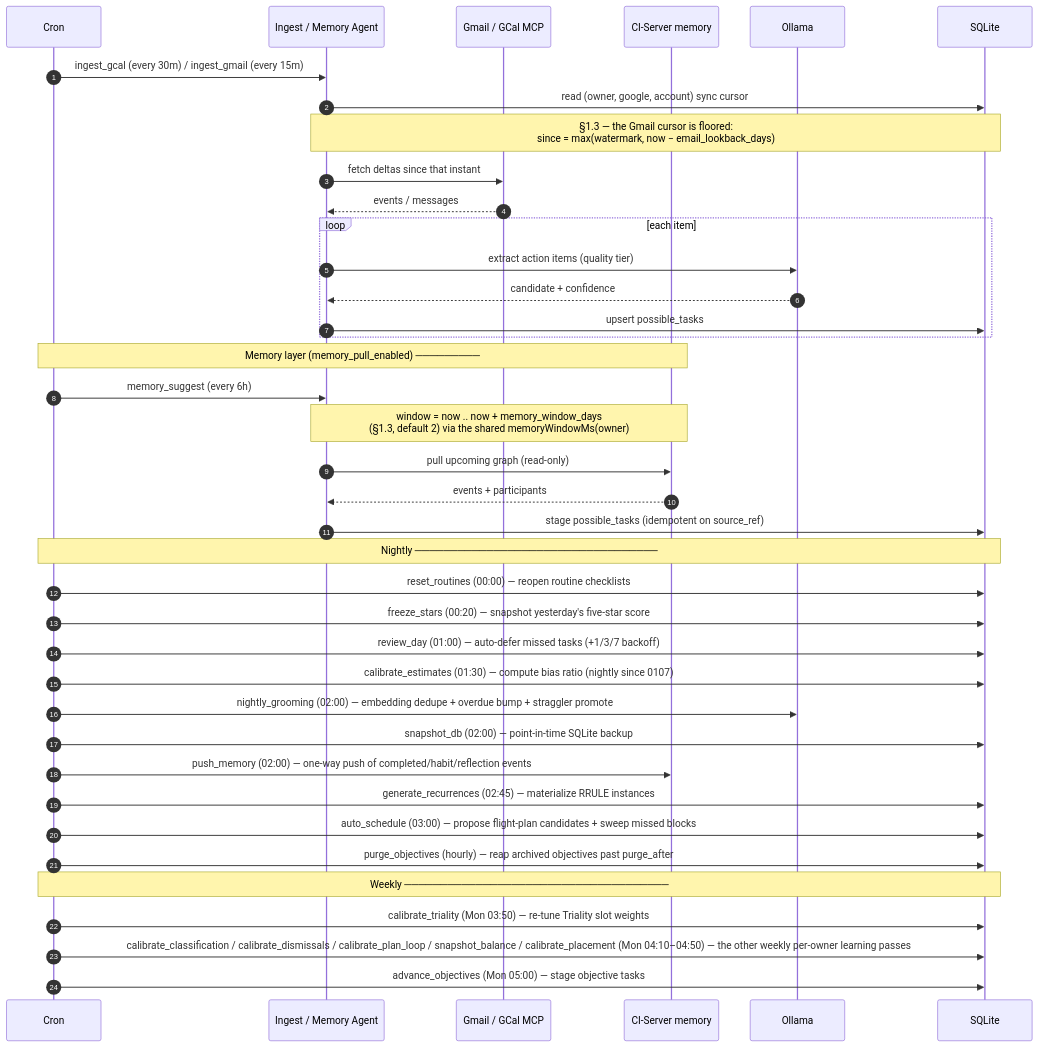
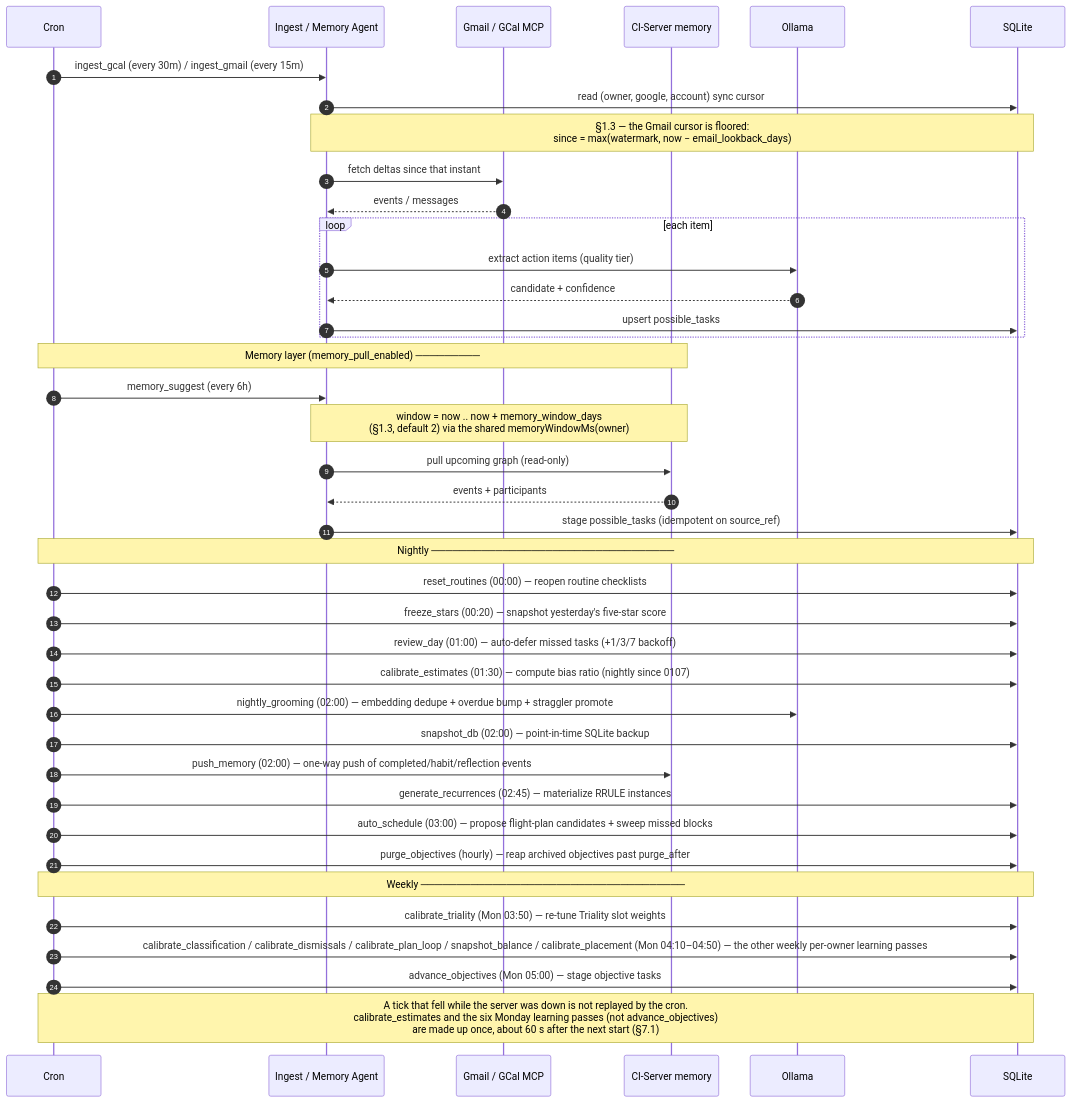
The fourth of 8 diagrams in ARCHITECTURE.md (companionintelligence/CI-Planning), drawn with Mermaid before and after one commit. The commit also changed other lines of this file and 9 other files, not shown here.

First line of the commit message:
feat(jobs): make up the Monday learning passes missed while the server was down (#661)

````diff
--- a/ARCHITECTURE.md
+++ b/ARCHITECTURE.md
@@ -898,46 +899,47 @@
 ```mermaid
 sequenceDiagram
     autonumber
     participant Cron
     participant Ing as Ingest / Memory Agent
     participant MCP as Gmail / GCal MCP
     participant Mem as CI-Server memory
     participant LLM as Ollama
     participant DB as SQLite
 
     Cron->>Ing: ingest_gcal (every 30m) / ingest_gmail (every 15m)
     Ing->>DB: read (owner, google, account) sync cursor
     Note over Ing,DB: §1.3 — the Gmail cursor is floored:<br/>since = max(watermark, now − email_lookback_days)
     Ing->>MCP: fetch deltas since that instant
     MCP-->>Ing: events / messages
     loop each item
         Ing->>LLM: extract action items (quality tier)
         LLM-->>Ing: candidate + confidence
         Ing->>DB: upsert possible_tasks
     end
 
     Note over Cron,Mem: Memory layer (memory_pull_enabled) ─────────
     Cron->>Ing: memory_suggest (every 6h)
     Note over Ing,Mem: window = now .. now + memory_window_days<br/>(§1.3, default 2) via the shared memoryWindowMs(owner)
     Ing->>Mem: pull upcoming graph (read-only)
     Mem-->>Ing: events + participants
     Ing->>DB: stage possible_tasks (idempotent on source_ref)
 
     Note over Cron,DB: Nightly ──────────────────────────────────
     Cron->>DB: reset_routines (00:00) — reopen routine checklists
     Cron->>DB: freeze_stars (00:20) — snapshot yesterday's five-star score
     Cron->>DB: review_day (01:00) — auto-defer missed tasks (+1/3/7 backoff)
     Cron->>DB: calibrate_estimates (01:30) — compute bias ratio (nightly since 0107)
     Cron->>LLM: nightly_grooming (02:00) — embedding dedupe + overdue bump + straggler promote
     Cron->>DB: snapshot_db (02:00) — point-in-time SQLite backup
     Cron->>Mem: push_memory (02:00) — one-way push of completed/habit/reflection events
     Cron->>DB: generate_recurrences (02:45) — materialize RRULE instances
     Cron->>DB: auto_schedule (03:00) — propose flight-plan candidates + sweep missed blocks
 
     Cron->>DB: purge_objectives (hourly) — reap archived objectives past purge_after
 
     Note over Cron,DB: Weekly ─────────────────────────────────────
     Cron->>DB: calibrate_triality (Mon 03:50) — re-tune Triality slot weights
     Cron->>DB: calibrate_classification / calibrate_dismissals / calibrate_plan_loop / snapshot_balance / calibrate_placement (Mon 04:10–04:50) — the other weekly per-owner learning passes
     Cron->>DB: advance_objectives (Mon 05:00) — stage objective tasks
+    Note over Cron,DB: A tick that fell while the server was down is not replayed by the cron.<br/>calibrate_estimates and the six Monday learning passes (not advance_objectives)<br/>are made up once, about 60 s after the next start (§7.1)
 ```
````
